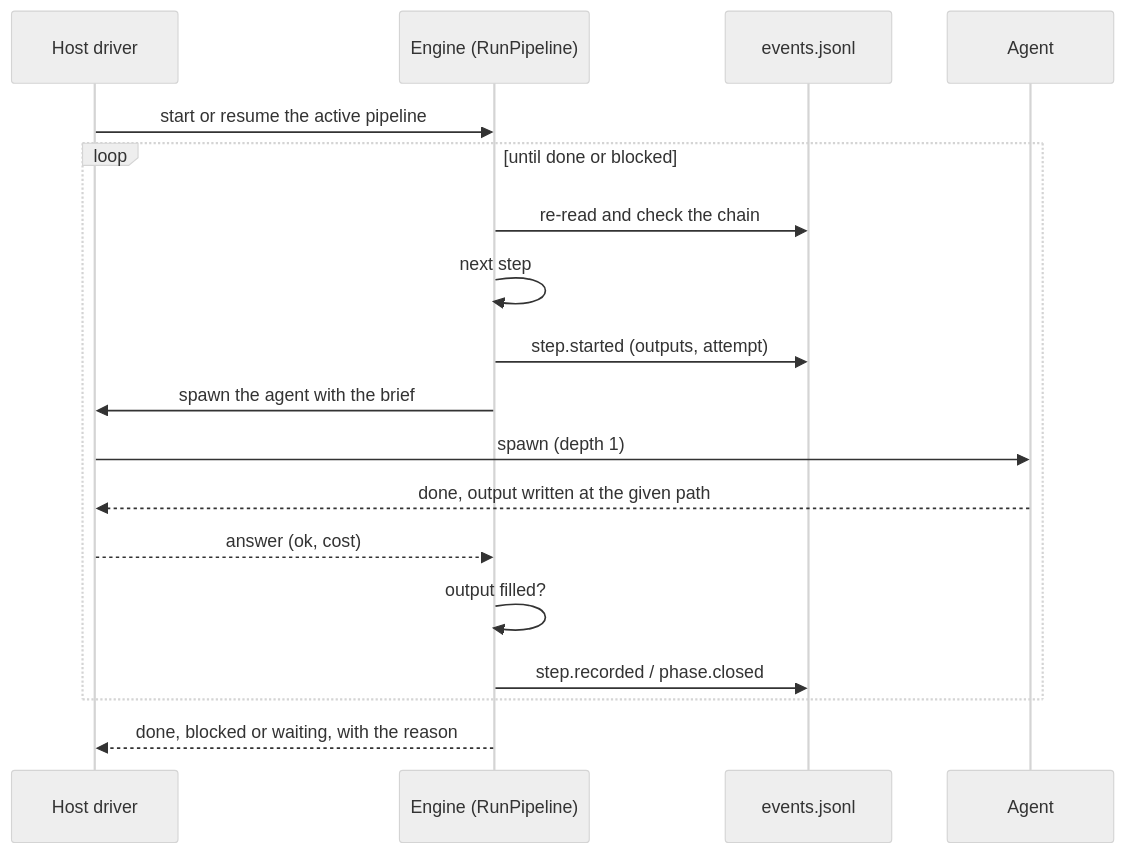
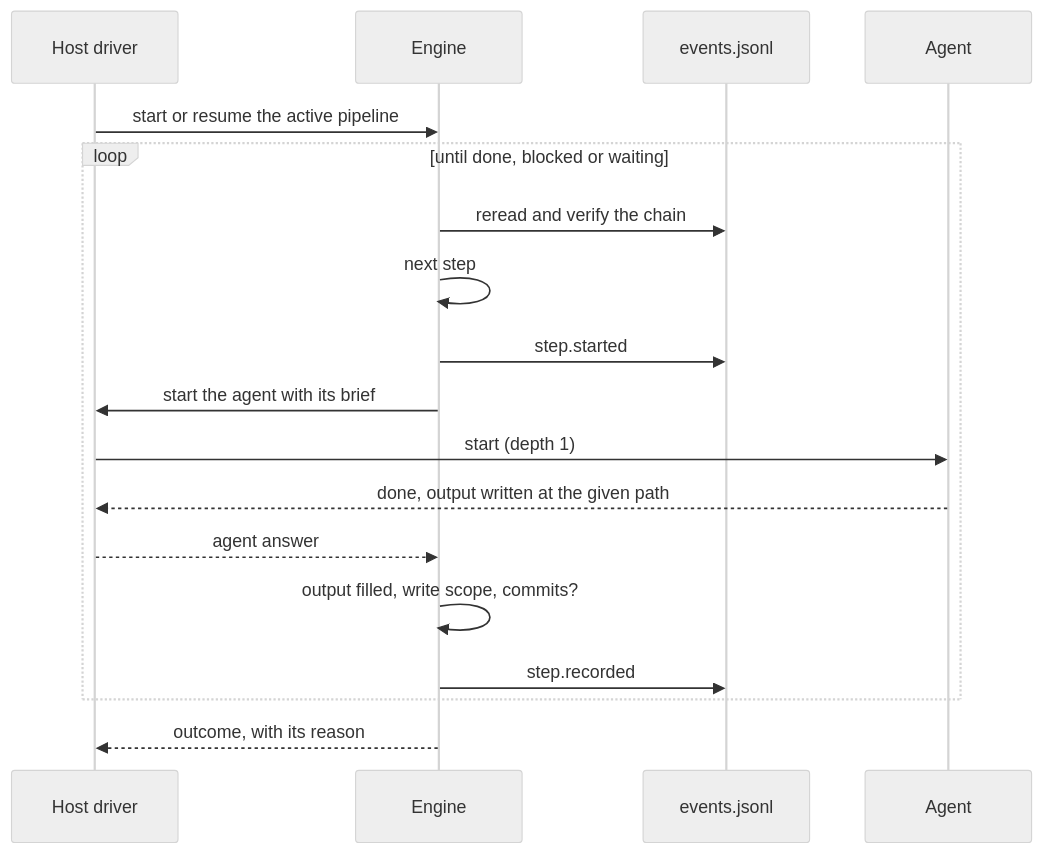
One commit to SebastienDegodez/skraft-plugin changed the second of 2 diagrams in docs/site/en/explanation/architecture.md. Above: the diagram before and after it, drawn with Mermaid (neutral theme). The commit also changed other lines of this file and 186 other files, not shown here.

````diff
--- a/docs/site/en/explanation/architecture.md
+++ b/docs/site/en/explanation/architecture.md
@@ -98,20 +108,20 @@
 ```mermaid
 sequenceDiagram
     participant P as Host driver
-    participant M as Engine (RunPipeline)
+    participant M as Engine
     participant J as events.jsonl
     participant A as Agent
     P->>M: start or resume the active pipeline
-    loop until done or blocked
-        M->>J: re-read and check the chain
+    loop until done, blocked or waiting
+        M->>J: reread and verify the chain
         M->>M: next step
-        M->>J: step.started (outputs, attempt)
-        M->>P: spawn the agent with the brief
-        P->>A: spawn (depth 1)
+        M->>J: step.started
+        M->>P: start the agent with its brief
+        P->>A: start (depth 1)
         A-->>P: done, output written at the given path
-        P-->>M: answer (ok, cost)
-        M->>M: output filled?
-        M->>J: step.recorded / phase.closed
+        P-->>M: agent answer
+        M->>M: output filled, write scope, commits?
+        M->>J: step.recorded
     end
-    M-->>P: done, blocked or waiting, with the reason
+    M-->>P: outcome, with its reason
 ```
````
